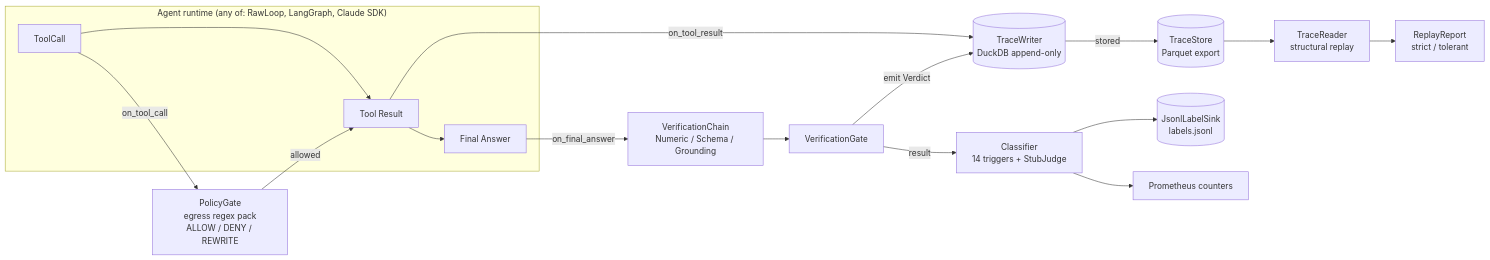
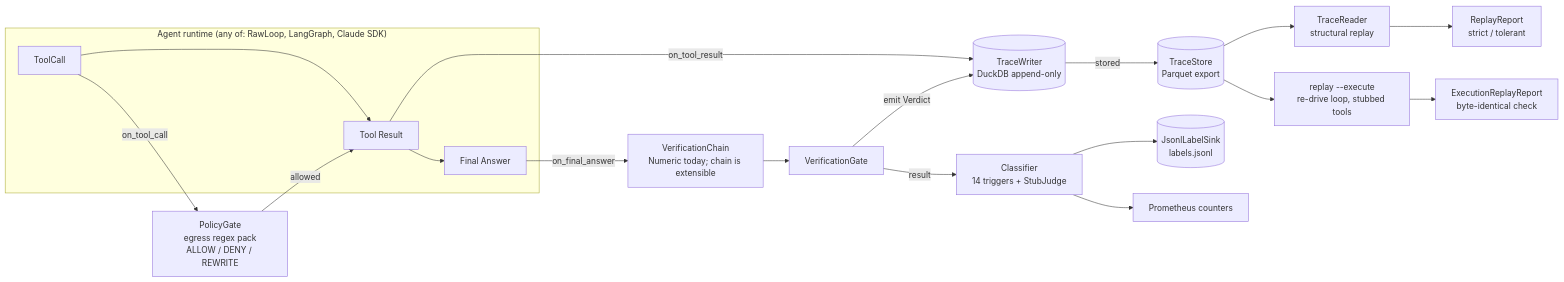
Before and after one commit to jrajath94/agentsla: the diagram in WRITEUP.md, drawn with Mermaid. The commit also changed other lines of this file and 7 other files, not shown here.

````diff
--- a/WRITEUP.md
+++ b/WRITEUP.md
@@ -216,23 +216,25 @@
 ```mermaid
 flowchart LR
     subgraph Agent["Agent runtime (any of: RawLoop, LangGraph, Claude SDK)"]
         A1[ToolCall] --> A2[Tool Result]
         A2 --> A3[Final Answer]
     end
 
     A1 -->|on_tool_call| PG[PolicyGate<br/>egress regex pack<br/>ALLOW / DENY / REWRITE]
     PG -->|allowed| A2
 
     A2 -->|on_tool_result| TW[(TraceWriter<br/>DuckDB append-only)]
     TW -->|stored| TS[(TraceStore<br/>Parquet export)]
 
-    A3 -->|on_final_answer| VG[VerificationChain<br/>Numeric / Schema / Grounding]
+    A3 -->|on_final_answer| VG[VerificationChain<br/>Numeric today; chain is extensible]
     VG --> GR[VerificationGate]
     GR -->|emit Verdict| TW
     GR -->|result| CL[Classifier<br/>14 triggers + StubJudge]
     CL --> LS[(JsonlLabelSink<br/>labels.jsonl)]
     CL --> PM[Prometheus counters]
 
     TS --> RD[TraceReader<br/>structural replay]
     RD --> RR[ReplayReport<br/>strict / tolerant]
+    TS --> RX[replay --execute<br/>re-drive loop, stubbed tools]
+    RX --> XR[ExecutionReplayReport<br/>byte-identical check]
 ```
````
